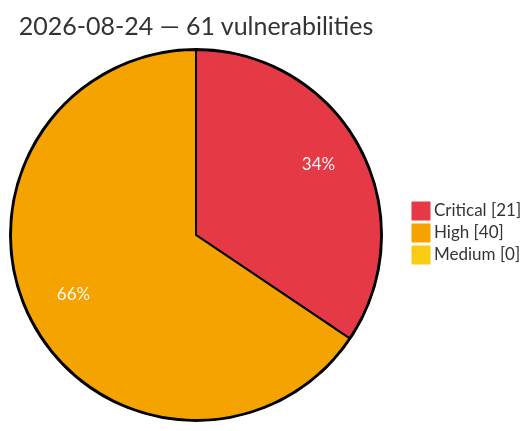
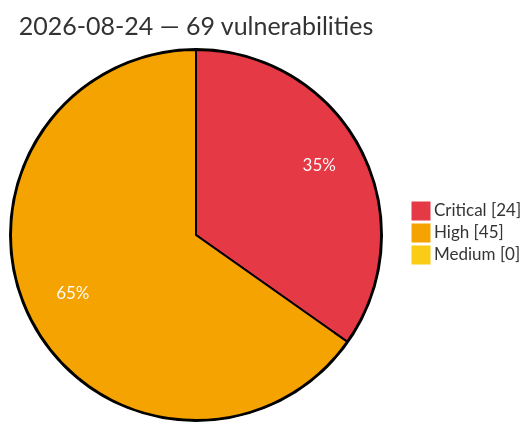
The diagram in vulnerabilities/2026/August/2026-08-24.md (GhostX0X/vuln-tracker), drawn with Mermaid before and after one commit. The commit also changed other lines of this file and 5 other files, not shown here.

Commit message:
Auto update: critical/high vulns (2026-08-24 16:34 UTC)

````diff
--- a/vulnerabilities/2026/August/2026-08-24.md
+++ b/vulnerabilities/2026/August/2026-08-24.md
@@ -3,8 +3,8 @@
 ```mermaid
 %%{init: {'theme':'base', 'themeVariables': {'pie1':'#e63946', 'pie2':'#f4a300', 'pie3':'#facc15', 'pieOpacity':'1', 'pieOuterStrokeWidth':'2px', 'pieSectionTextColor':'#ffffff'}}}%%
 pie showData
-    title 2026-08-24 — 61 vulnerabilities
-    "Critical" : 21
-    "High" : 40
+    title 2026-08-24 — 69 vulnerabilities
+    "Critical" : 24
+    "High" : 45
     "Medium" : 0
 ```
````
